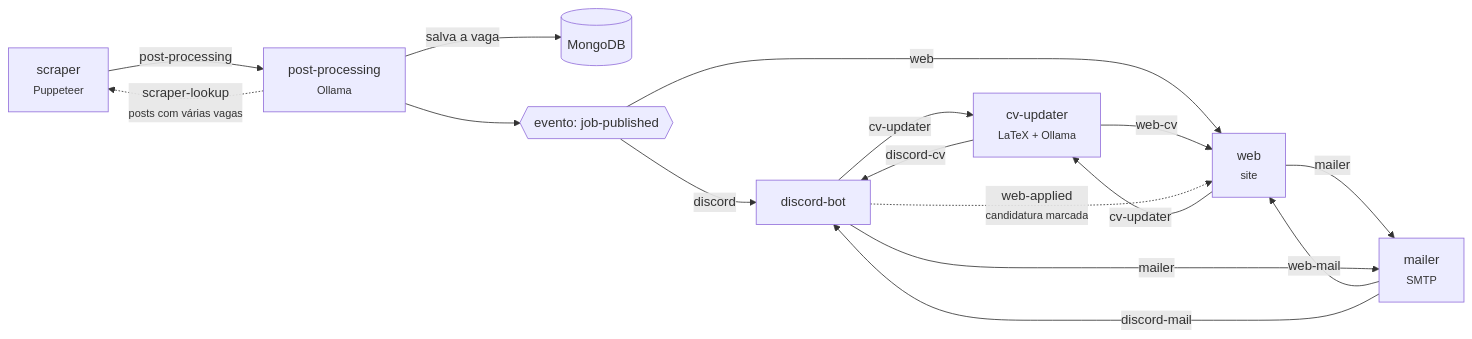
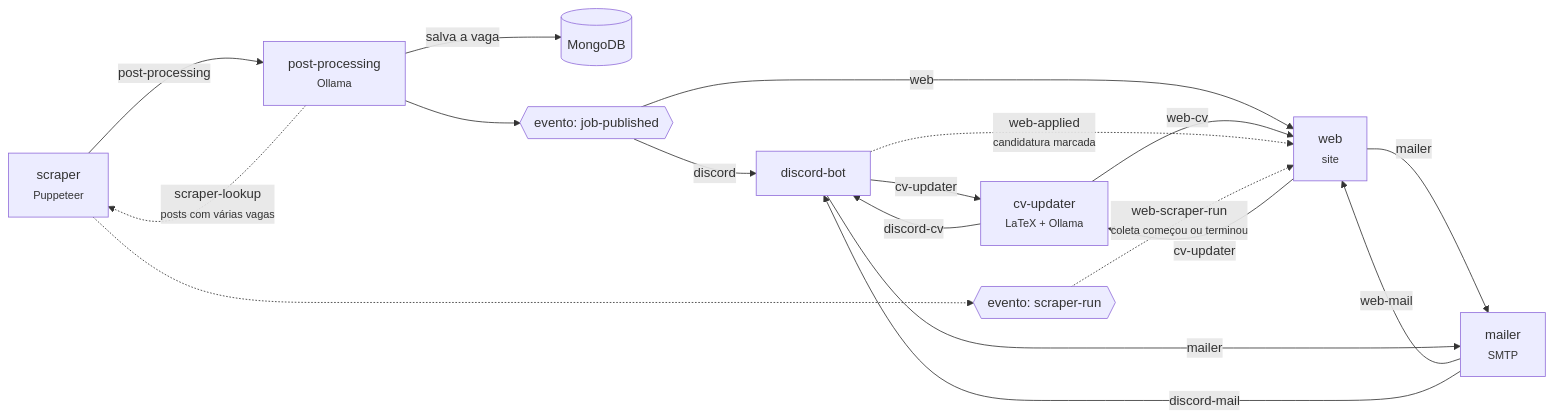
Before and after one commit to P0sseid0n/jobs-scraper: the diagram in README.md, drawn with Mermaid. The commit also changed 14 other files, not shown here.

````diff
--- a/README.md
+++ b/README.md
@@ -95,18 +95,20 @@
 ```mermaid
 flowchart LR
 	scraper["scraper<br/><small>Puppeteer</small>"] -- "post-processing" --> processing["post-processing<br/><small>Ollama</small>"]
 	processing -. "scraper-lookup<br/><small>posts com várias vagas</small>" .-> scraper
 	processing -- "salva a vaga" --> db[("MongoDB")]
 	processing --> event{{"evento: job-published"}}
 	event -- "discord" --> bot["discord-bot"]
 	event -- "web" --> web["web<br/><small>site</small>"]
 	bot -- "cv-updater" --> cv["cv-updater<br/><small>LaTeX + Ollama</small>"]
 	web -- "cv-updater" --> cv
 	cv -- "discord-cv" --> bot
 	cv -- "web-cv" --> web
 	bot -. "web-applied<br/><small>candidatura marcada</small>" .-> web
+	scraper -.-> runEvent{{"evento: scraper-run"}}
+	runEvent -. "web-scraper-run<br/><small>coleta começou ou terminou</small>" .-> web
 	web -- "mailer" --> mailer["mailer<br/><small>SMTP</small>"]
 	bot -- "mailer" --> mailer
 	mailer -- "web-mail" --> web
 	mailer -- "discord-mail" --> bot
 ```
````
